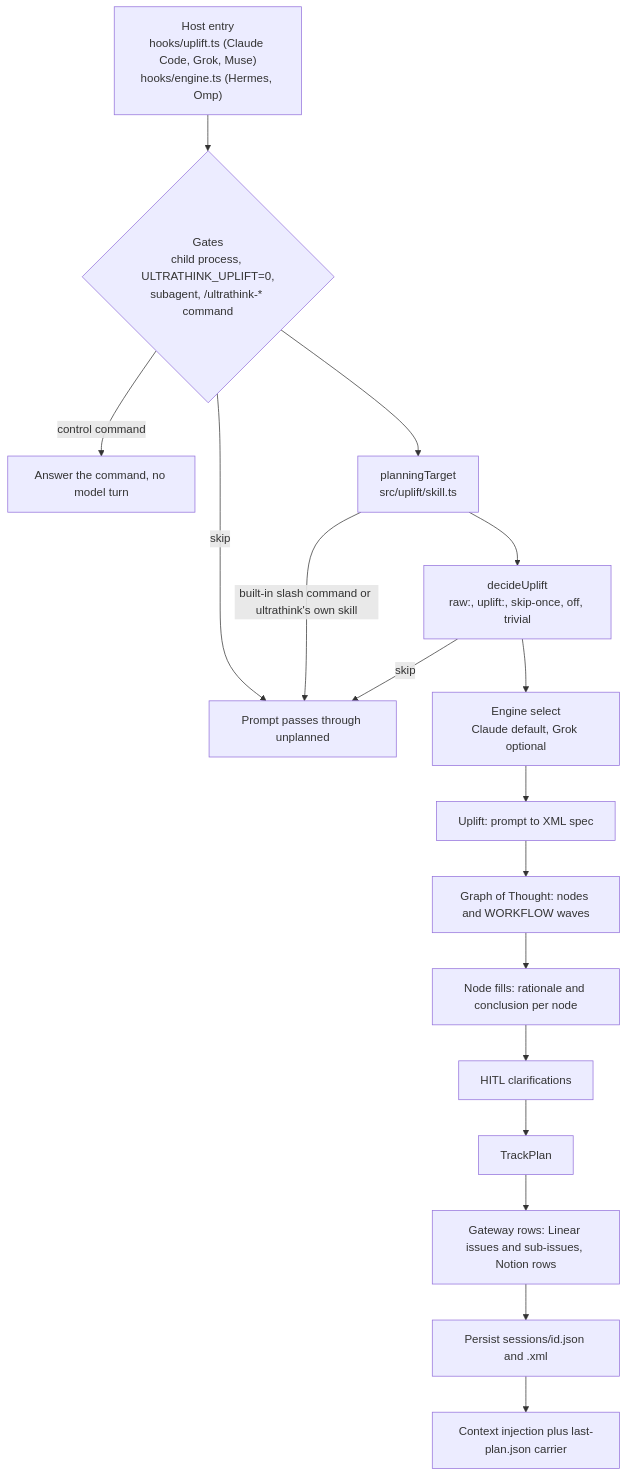
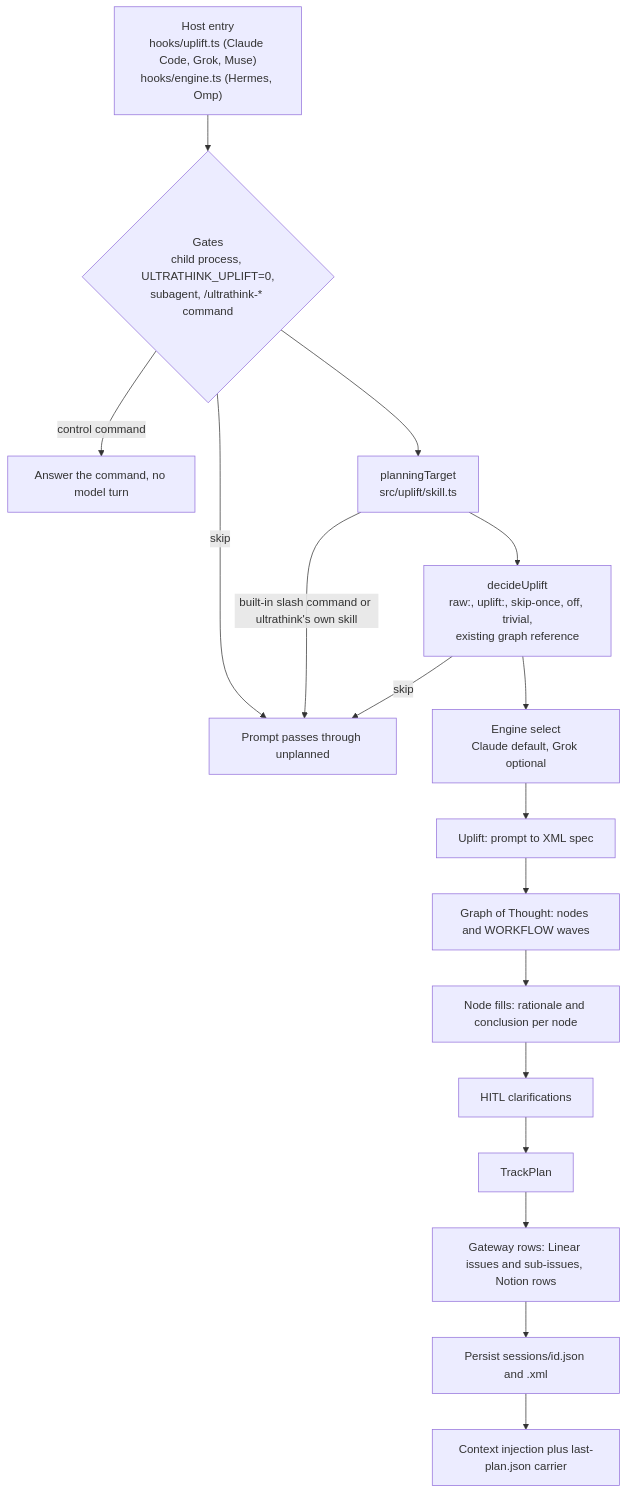
Before and after one commit to swcstudiospace/claude-ultrathink: the first of 3 diagrams in docs/architecture.md, drawn with Mermaid. The commit also changed other lines of this file and 17 other files, not shown here.

````diff
--- a/docs/architecture.md
+++ b/docs/architecture.md
@@ -16,19 +16,19 @@
 ```mermaid
 flowchart TD
     A["Host entry<br/>hooks/uplift.ts (Claude Code, Grok, Muse)<br/>hooks/engine.ts (Hermes, Omp)"] --> B{"Gates<br/>child process, ULTRATHINK_UPLIFT=0,<br/>subagent, /ultrathink-* command"}
     B -- "control command" --> R["Answer the command, no model turn"]
     B -- "skip" --> Z["Prompt passes through unplanned"]
     B --> C["planningTarget<br/>src/uplift/skill.ts"]
     C -- "built-in slash command or ultrathink's own skill" --> Z
-    C --> D["decideUplift<br/>raw:, uplift:, skip-once, off, trivial"]
+    C --> D["decideUplift<br/>raw:, uplift:, skip-once, off, trivial,<br/>existing graph reference"]
     D -- "skip" --> Z
     D --> E["Engine select<br/>Claude default, Grok optional"]
     E --> F["Uplift: prompt to XML spec"]
     F --> G["Graph of Thought: nodes and WORKFLOW waves"]
     G --> H["Node fills: rationale and conclusion per node"]
     H --> I["HITL clarifications"]
     I --> J["TrackPlan"]
     J --> K["Gateway rows: Linear issues and sub-issues, Notion rows"]
     K --> L["Persist sessions/id.json and .xml"]
     L --> M["Context injection plus last-plan.json carrier"]
 ```
````
